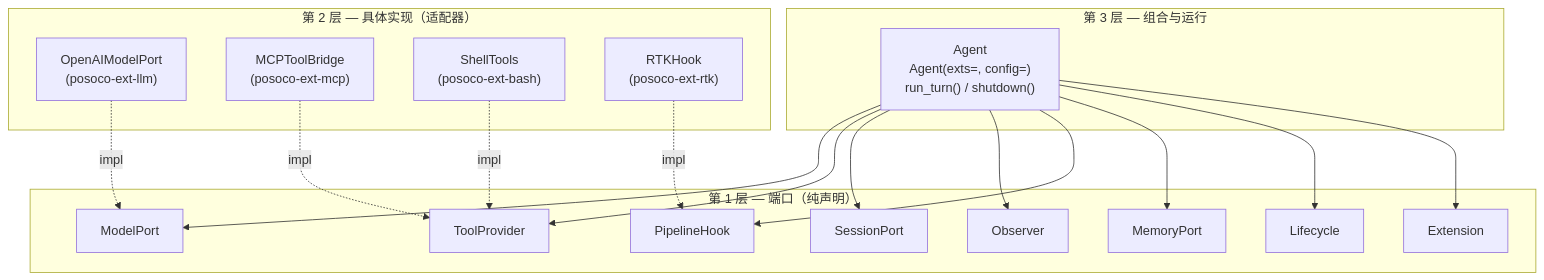
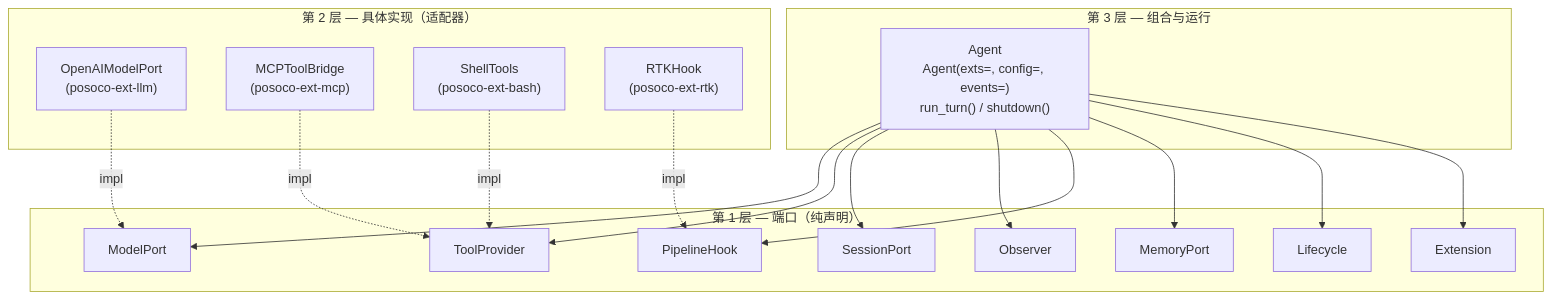
Before and after one commit to colmugx/posoco: the first of 5 diagrams in docs/02-architecture.md, drawn with Mermaid. The commit also changed other lines of this file and 3 other files, not shown here.

````diff
--- a/docs/02-architecture.md
+++ b/docs/02-architecture.md
@@ -25,31 +26,31 @@
 ```mermaid
 graph TD
   subgraph "第 3 层 — 组合与运行"
-    Agent["Agent<br/>Agent(exts=, config=)<br/>run_turn() / shutdown()"]
+    Agent["Agent<br/>Agent(exts=, config=, events=)<br/>run_turn() / shutdown()"]
   end
 
   subgraph "第 2 层 — 具体实现（适配器）"
     OAI["OpenAIModelPort<br/>(posoco-ext-llm)"]
     MCP["MCPToolBridge<br/>(posoco-ext-mcp)"]
     SHELL["ShellTools<br/>(posoco-ext-bash)"]
     RTK["RTKHook<br/>(posoco-ext-rtk)"]
   end
 
   subgraph "第 1 层 — 端口（纯声明）"
     MP["ModelPort"]
     TP["ToolProvider"]
     SS["SessionPort"]
     OB["Observer"]
     HK["PipelineHook"]
     ME["MemoryPort"]
     LC["Lifecycle"]
     EX["Extension"]
   end
 
   Agent --> MP & TP & SS & OB & HK & ME & LC & EX
 
   OAI -.->|impl| MP
   MCP -.->|impl| TP
   SHELL -.->|impl| TP
   RTK -.->|impl| HK
 ```
````
